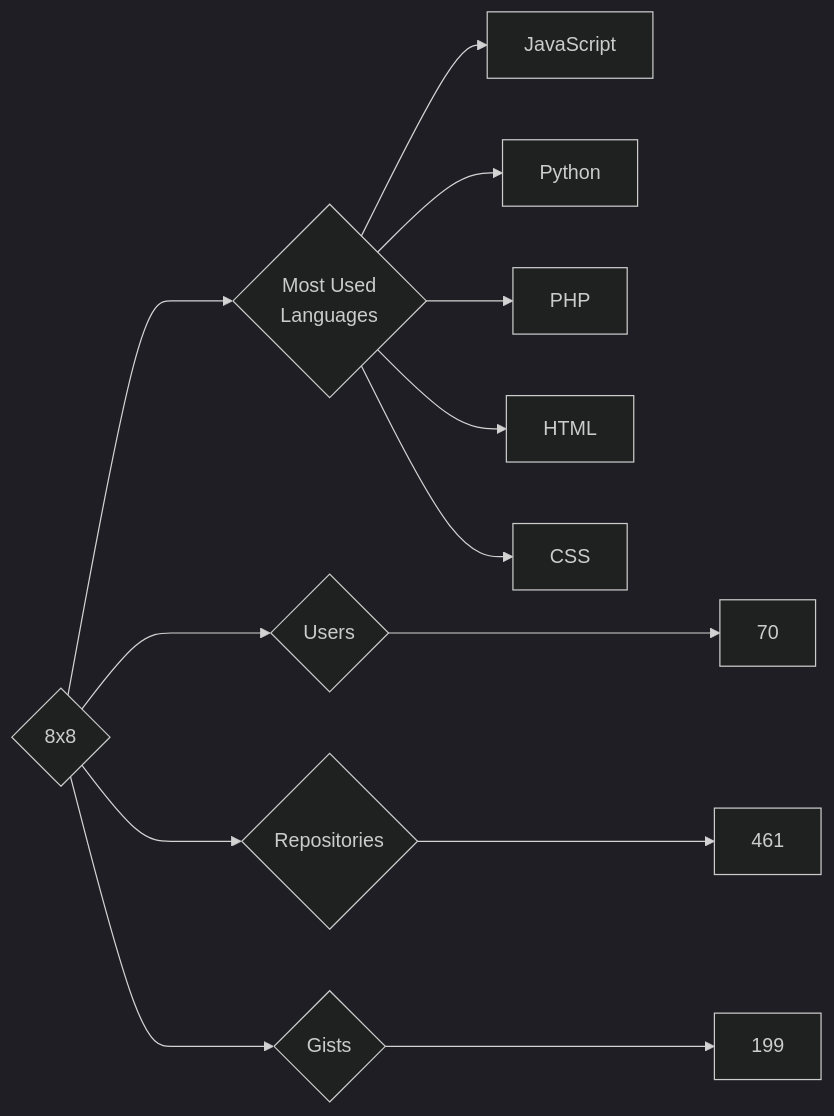
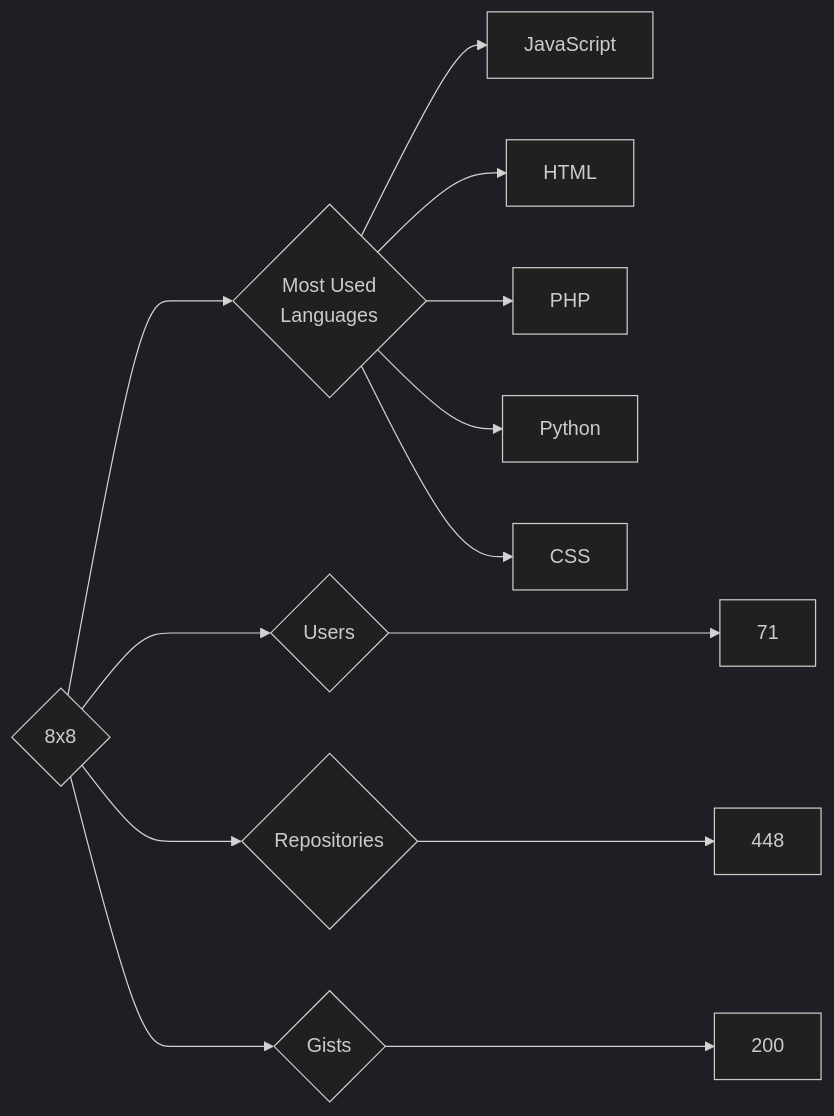
One commit to trickest/insiders changed the diagram in targets/8x8/README.md. Above: the diagram before and after it, drawn with Mermaid (dark theme). The commit also changed 1078 other files, not shown here.

````diff
--- a/targets/8x8/README.md
+++ b/targets/8x8/README.md
@@ -3,13 +3,13 @@
 ```mermaid
 graph LR
 COMPANY_NAME{8x8}
-COMPANY_NAME ---> U{Users} ---> UN[70]
-COMPANY_NAME ---> R{Repositories} ---> RN[461]
-COMPANY_NAME ---> G{Gists} ---> GN[199]
+COMPANY_NAME ---> U{Users} ---> UN[71]
+COMPANY_NAME ---> R{Repositories} ---> RN[448]
+COMPANY_NAME ---> G{Gists} ---> GN[200]
 COMPANY_NAME ---> ML{Most Used<br>Languages}
 ML --> JavaScript[JavaScript]
+ML --> HTML[HTML]
+ML --> PHP[PHP]
 ML --> Python[Python]
-ML --> PHP[PHP]
-ML --> HTML[HTML]
 ML --> CSS[CSS]
 ```
````
